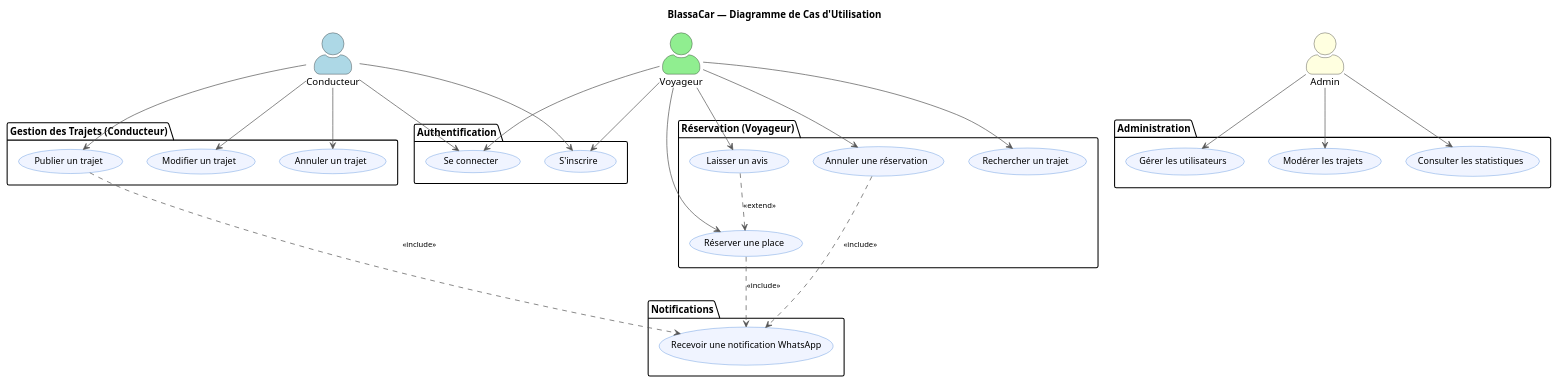
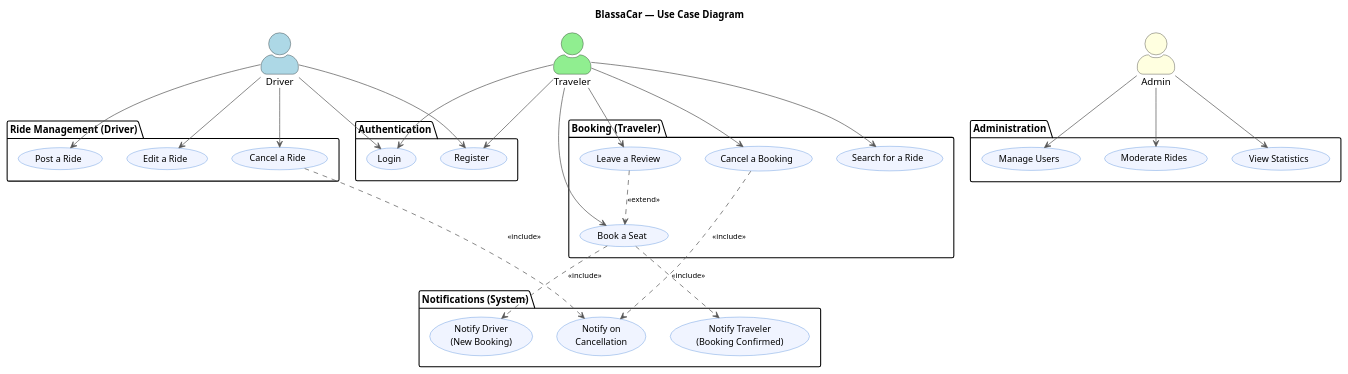
One commit to ayoub21dev/BlassaCar changed the diagram in Analyse/cas_uitilisation/use_case.puml. Above: the diagram before and after it, drawn with PlantUML. The commit also changed other lines of this file and 3 other files, not shown here.

```diff
--- a/Analyse/cas_uitilisation/use_case.puml
+++ b/Analyse/cas_uitilisation/use_case.puml
@@ -1,68 +2,72 @@
 @startuml
 top to bottom direction
 
 skinparam actorStyle awesome
 skinparam usecase {
   BackgroundColor #F0F4FF
   BorderColor #3A7BD5
   FontSize 13
 }
 skinparam ArrowColor #555555
 skinparam ArrowFontSize 11
 
-title BlassaCar — Diagramme de Cas d'Utilisation
+title BlassaCar — Use Case Diagram
 
-actor Conducteur as C #lightblue
-actor Voyageur   as V #lightgreen
-actor Admin      as A #lightyellow
+actor Driver   as C #lightblue
+actor Traveler as V #lightgreen
+actor Admin    as A #lightyellow
 
-package "Authentification" {
-  usecase "S'inscrire" as UC1
-  usecase "Se connecter" as UC2
+package "Authentication" {
+  usecase "Register" as UC1
+  usecase "Login" as UC2
 }
 
-package "Gestion des Trajets (Conducteur)" {
-  usecase "Publier un trajet" as UC3
-  usecase "Modifier un trajet" as UC4
-  usecase "Annuler un trajet" as UC5
+package "Ride Management (Driver)" {
+  usecase "Post a Ride" as UC3
+  usecase "Edit a Ride" as UC4
+  usecase "Cancel a Ride" as UC5
 }
 
-package "Réservation (Voyageur)" {
-  usecase "Rechercher un trajet" as UC6
-  usecase "Réserver une place" as UC7
-  usecase "Annuler une réservation" as UC8
-  usecase "Laisser un avis" as UC9
+package "Booking (Traveler)" {
+  usecase "Search for a Ride" as UC6
+  usecase "Book a Seat" as UC7
+  usecase "Cancel a Booking" as UC8
+  usecase "Leave a Review" as UC9
 }
 
-package "Notifications" {
-  usecase "Recevoir une notification WhatsApp" as UC10
+package "Notifications (System)" {
+  usecase "Notify Driver\n(New Booking)" as UC10
+  usecase "Notify Traveler\n(Booking Confirmed)" as UC11
+  usecase "Notify on\nCancellation" as UC12
 }
 
 package "Administration" {
-  usecase "Gérer les utilisateurs" as UC11
-  usecase "Modérer les trajets" as UC12
-  usecase "Consulter les statistiques" as UC13
+  usecase "Manage Users" as UC13
+  usecase "Moderate Rides" as UC14
+  usecase "View Statistics" as UC15
 }
 
 C --> UC1
 C --> UC2
 C --> UC3
 C --> UC4
 C --> UC5
 
 V --> UC1
 V --> UC2
 V --> UC6
 V --> UC7
 V --> UC8
 V --> UC9
 
-A --> UC11
-A --> UC12
 A --> UC13
+A --> UC14
+A --> UC15
 
 UC7 ..> UC10 : <<include>>
-UC3 ..> UC10 : <<include>>
-UC8 ..> UC10 : <<include>>
-UC9 ..> UC7 : <<extend>>
+UC7 ..> UC11 : <<include>>
+UC8 ..> UC12 : <<include>>
+UC5 ..> UC12 : <<include>>
+UC9 ..> UC7  : <<extend>>
+
 @enduml
```
